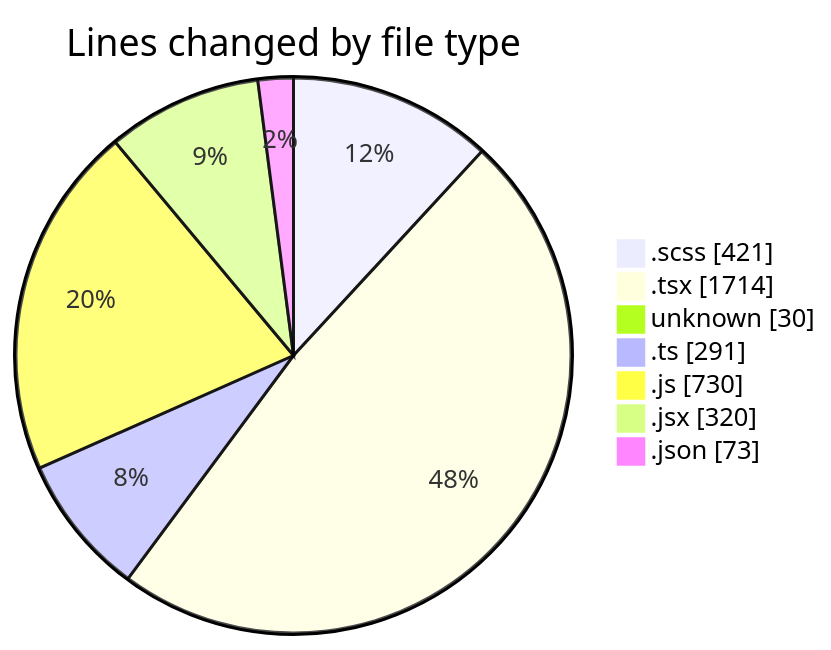
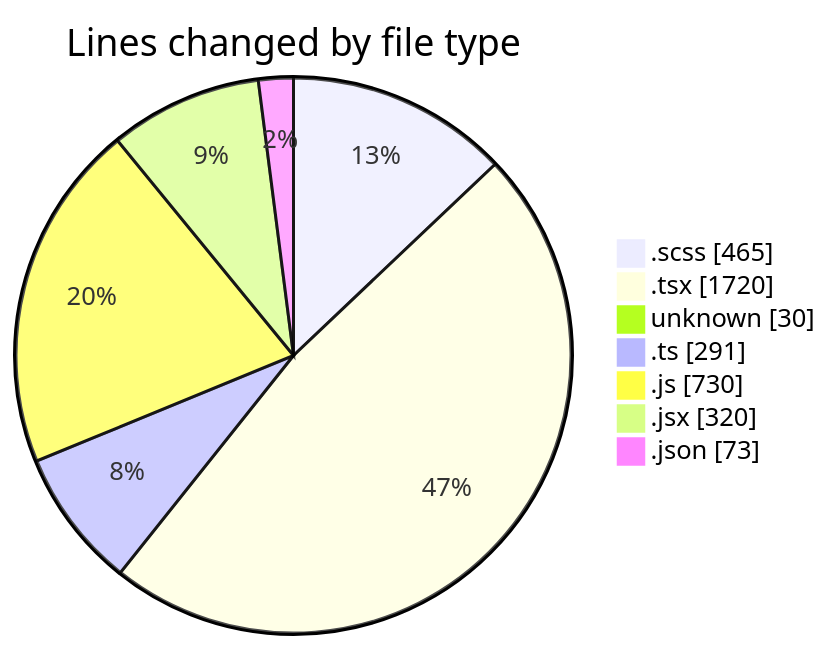
The first of 2 diagrams in 2025-03-05/cda/README.md (momahboobian/code-tracking), drawn with Mermaid before and after one commit. The commit also changed other lines of this file and 1 other file, not shown here.

````diff
--- a/2025-03-05/cda/README.md
+++ b/2025-03-05/cda/README.md
@@ -45,11 +45,11 @@
 ```mermaid
 pie showData
 title Lines changed by file type
-".scss" : 421
-".tsx" : 1714
+".scss" : 465
+".tsx" : 1720
 "unknown" : 30
 ".ts" : 291
 ".js" : 730
 ".jsx" : 320
 ".json" : 73
 ```
````
